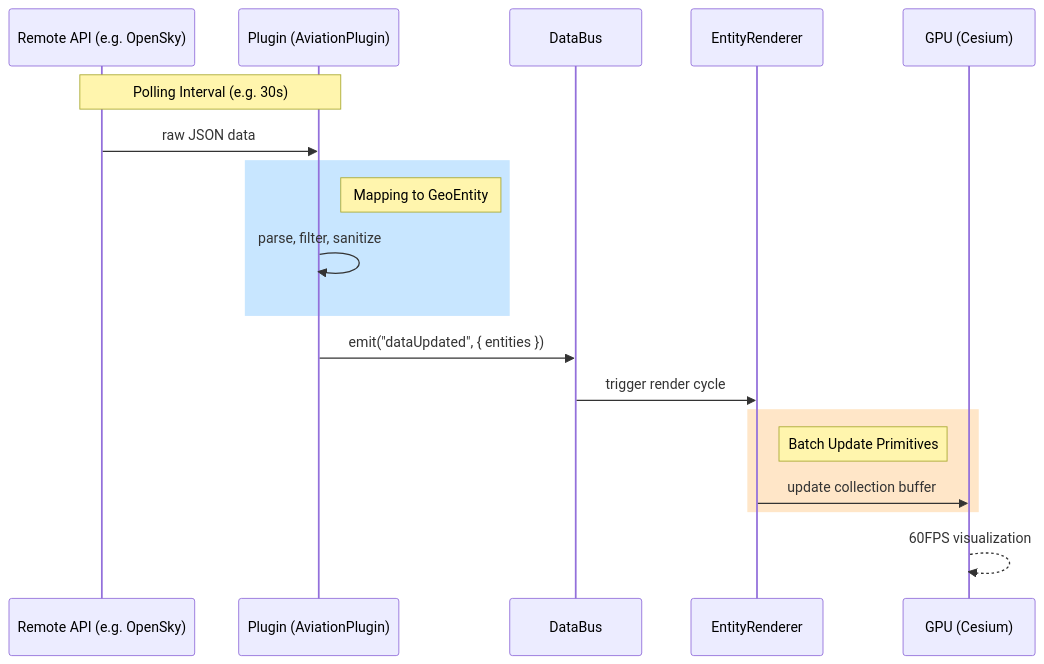
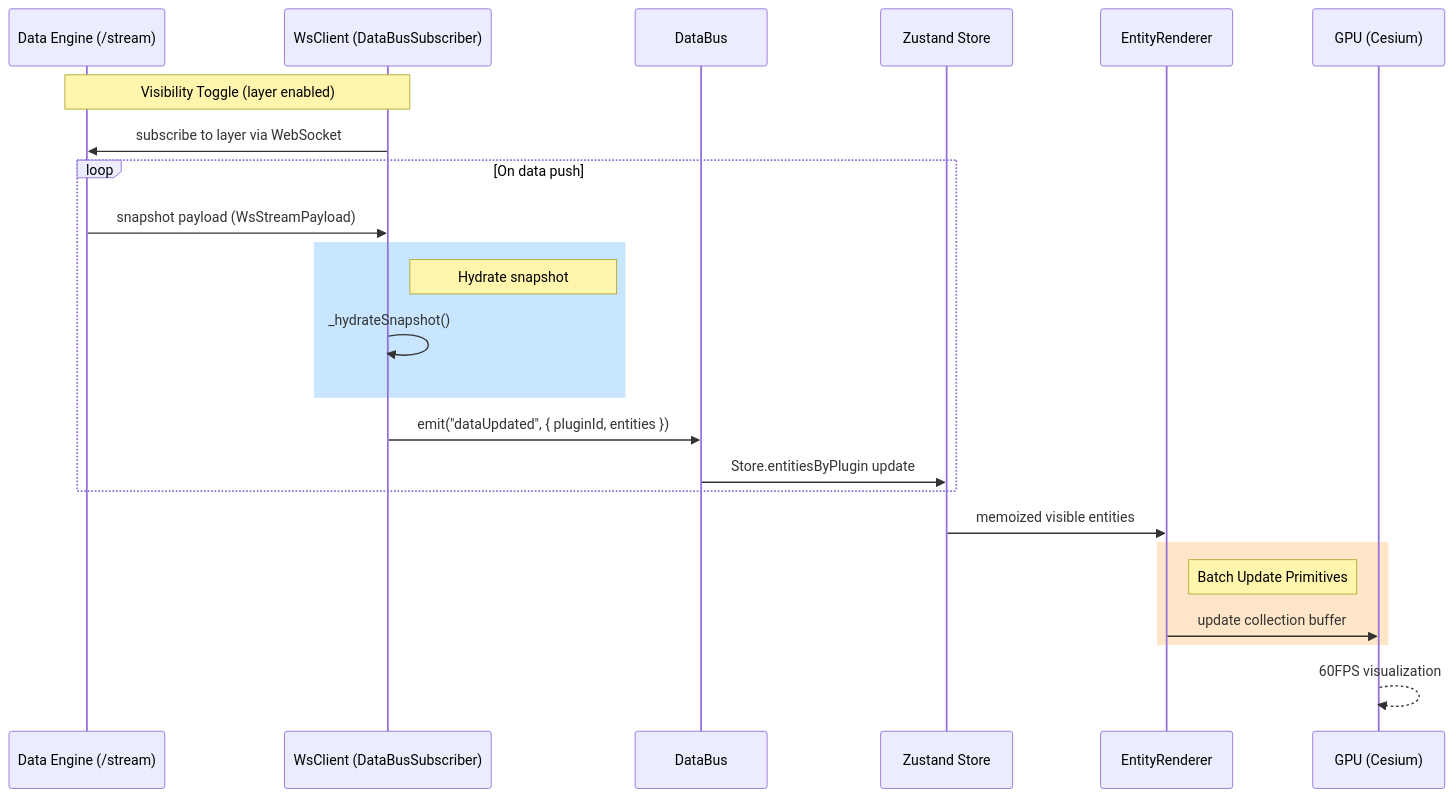
One commit to silvertakana/worldwideview changed the diagram in docs/ARCHITECTURE.md. Above: the diagram before and after it, drawn with Mermaid. The commit also changed other lines of this file and 6 other files, not shown here.

````diff
--- a/docs/ARCHITECTURE.md
+++ b/docs/ARCHITECTURE.md
@@ -34,22 +39,27 @@
 ```mermaid
 sequenceDiagram
-    participant S as Remote API (e.g. OpenSky)
-    participant P as Plugin (AviationPlugin)
+    participant E as Data Engine (/stream)
+    participant W as WsClient (DataBusSubscriber)
     participant D as DataBus
+    participant S as Zustand Store
     participant R as EntityRenderer
     participant G as GPU (Cesium)
 
-    Note over S, P: Polling Interval (e.g. 30s)
-    S->>P: raw JSON data
-    rect rgb(200, 230, 255)
-    Note right of P: Mapping to GeoEntity
-    P->>P: parse, filter, sanitize
+    Note over E, W: Visibility Toggle (layer enabled)
+    W->>E: subscribe to layer via WebSocket
+    loop On data push
+        E->>W: snapshot payload (WsStreamPayload)
+        rect rgb(200, 230, 255)
+        Note right of W: Hydrate snapshot
+        W->>W: _hydrateSnapshot()
+        end
+        W->>D: emit("dataUpdated", { pluginId, entities })
+        D->>S: Store.entitiesByPlugin update
     end
-    P->>D: emit("dataUpdated", { entities })
-    D->>R: trigger render cycle
+    S->>R: memoized visible entities
     rect rgb(255, 230, 200)
     Note right of R: Batch Update Primitives
     R->>G: update collection buffer
     end
     G-->>G: 60FPS visualization
 ```
````
